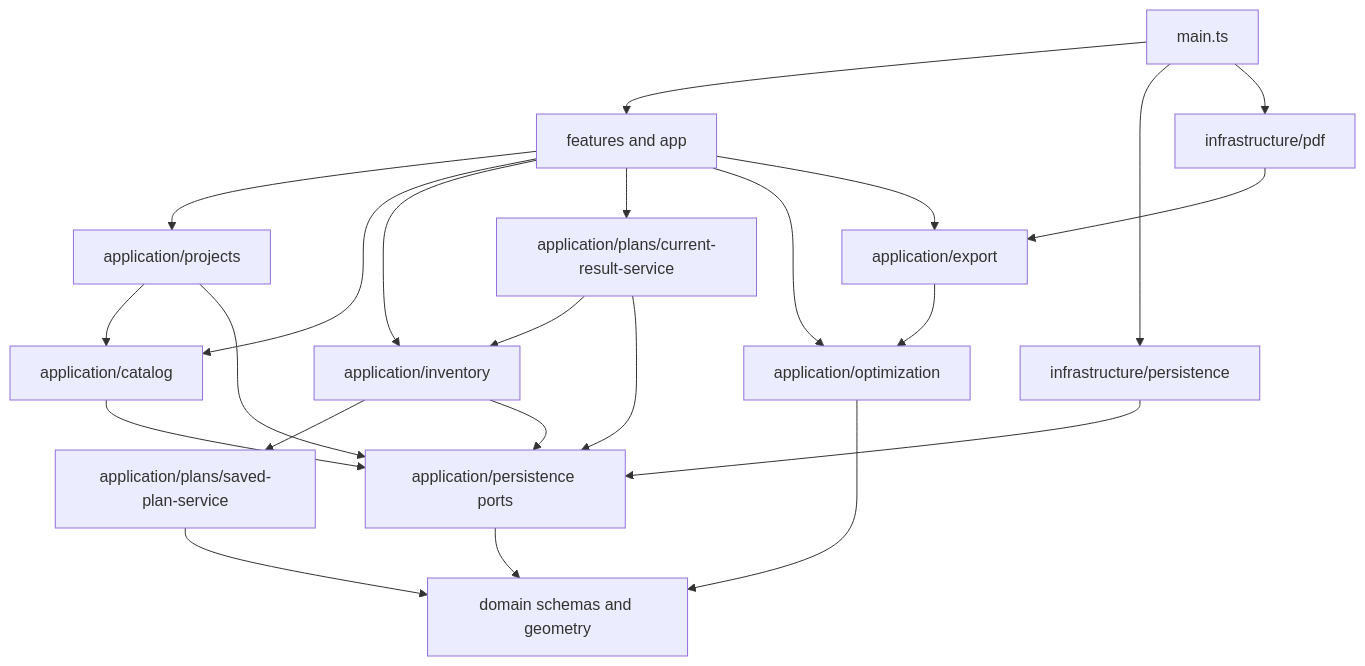
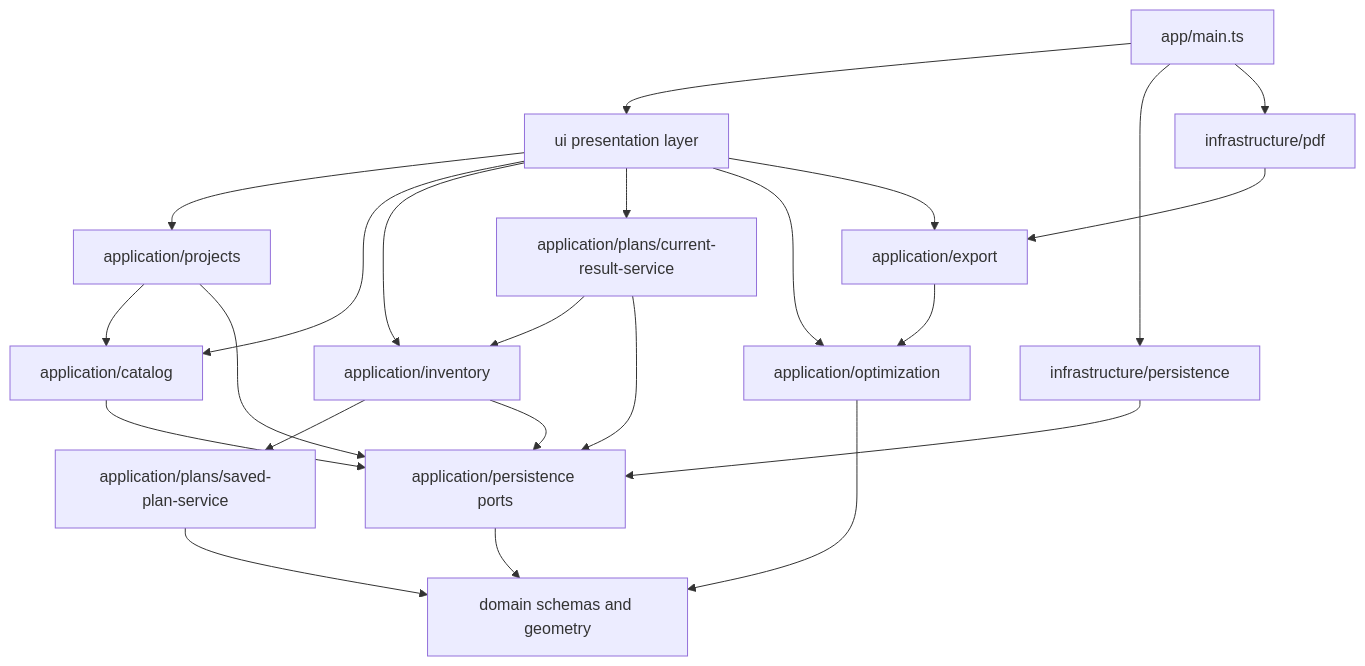
One commit to tanguy-rdt/opticutlist changed the third of 7 diagrams in docs/architecture.md. Above: the diagram before and after it, drawn with Mermaid. The commit also changed other lines of this file and 226 other files, not shown here.

````diff
--- a/docs/architecture.md
+++ b/docs/architecture.md
@@ -65,25 +71,25 @@
 ```mermaid
 flowchart TD
-  Main[main.ts] --> Features[features and app]
+  Main[app/main.ts] --> UI[ui presentation layer]
   Main --> Persistence[infrastructure/persistence]
   Main --> Pdf[infrastructure/pdf]
-  Features --> Projects[application/projects]
-  Features --> Catalog[application/catalog]
-  Features --> Inventory[application/inventory]
-  Features --> Plans[application/plans/current-result-service]
-  Features --> OptService[application/optimization]
-  Features --> Export[application/export]
+  UI --> Projects[application/projects]
+  UI --> Catalog[application/catalog]
+  UI --> Inventory[application/inventory]
+  UI --> Plans[application/plans/current-result-service]
+  UI --> OptService[application/optimization]
+  UI --> Export[application/export]
   Plans --> Inventory
   Inventory --> History[application/plans/saved-plan-service]
   Projects --> Catalog
   Export --> OptService
   Projects --> Ports[application/persistence ports]
   Catalog --> Ports
   Inventory --> Ports
   Plans --> Ports
   Persistence --> Ports
   Pdf --> Export
   OptService --> Domain[domain schemas and geometry]
   History --> Domain
   Ports --> Domain
 ```
````
